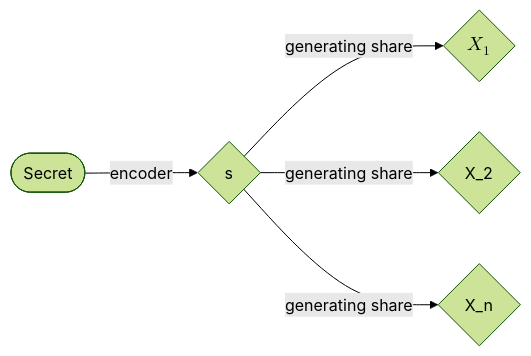
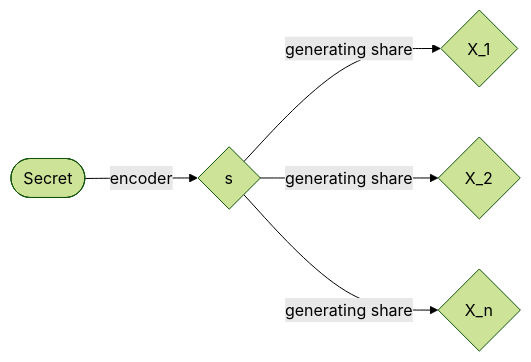
One commit to h28a3/Secret-Sharing changed the diagram in README.md. Above: the diagram before and after it, drawn with Mermaid (forest theme). The commit also changed other lines of this file, not shown here.

````diff
--- a/README.md
+++ b/README.md
@@ -13,7 +13,7 @@
 ```mermaid
 graph LR
   Start([Secret])-->|encoder|A{s}
-  A-->|generating share|B{$$X_1$$}
+  A-->|generating share|B{X_1}
   A-->|generating share|C{X_2}
   A-->|generating share|D{X_n}
 ```
````
